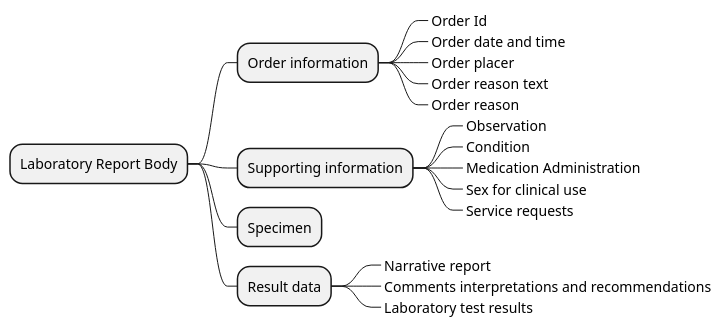
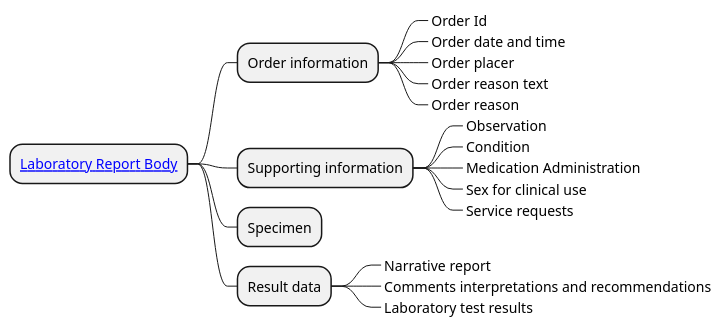
Before and after one commit to Xt-EHR/xt-ehr-common: the diagram in input/images-source/labReportBody_CIM.plantuml, drawn with PlantUML. The commit also changed 12 other files, not shown here.

```diff
--- a/input/images-source/labReportBody_CIM.plantuml
+++ b/input/images-source/labReportBody_CIM.plantuml
@@ -1,20 +1,21 @@
 @startmindmap
-* Laboratory Report Body
+skinparam topurl StructureDefinition-
+* [[EHDSLaboratoryReportBody.html Laboratory Report Body]]
 ** Order information
 ***_ Order Id
 ***_ Order date and time
 ***_ Order placer
 ***_ Order reason text
 ***_ Order reason
 ** Supporting information
 ***_ Observation
 ***_ Condition
 ***_ Medication Administration
 ***_ Sex for clinical use
 ***_ Service requests
 ** Specimen
 ** Result data
 ***_ Narrative report
 ***_ Comments interpretations and recommendations
 ***_ Laboratory test results
 @endmindmap
```
